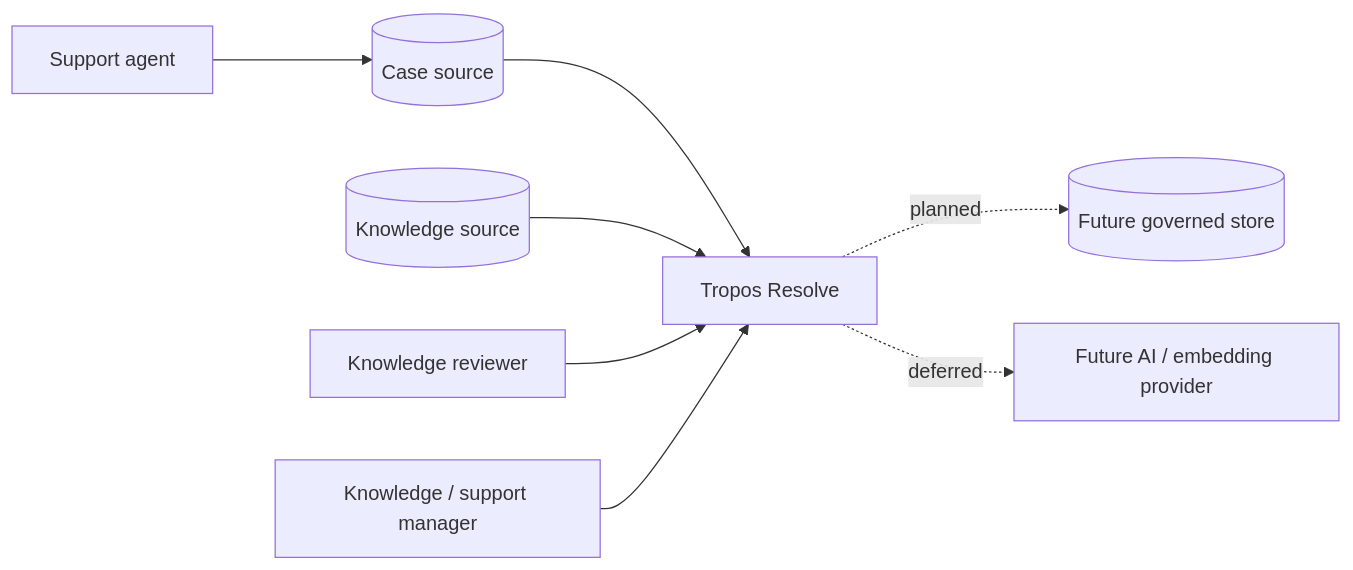
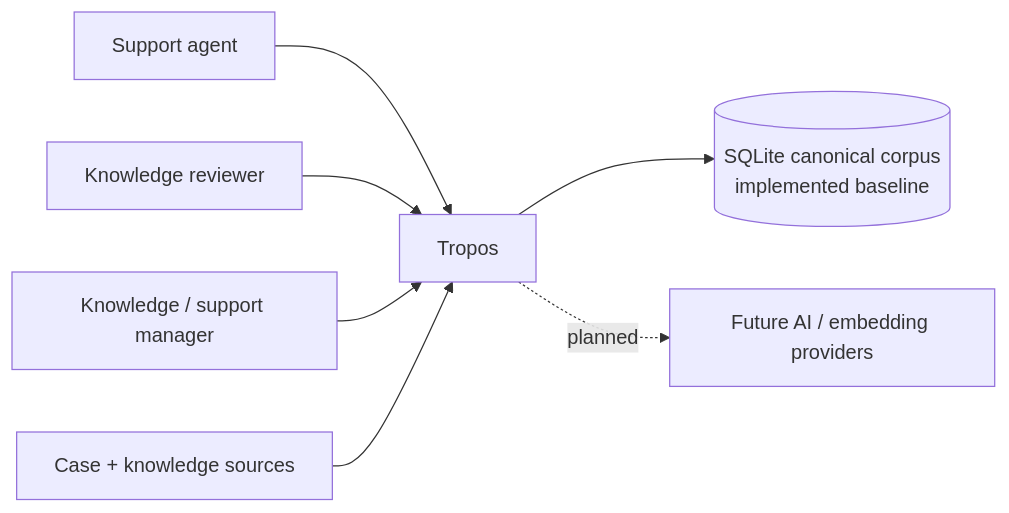
Before and after one commit to kumarchandansingh/tropos: the second of 5 diagrams in docs/architecture/ARCHITECTURE_OVERVIEW.md, drawn with Mermaid. The commit also changed other lines of this file and 11 other files, not shown here.

Commit message:
feat: persist governed knowledge corpus in sqlite

````diff
--- a/docs/architecture/ARCHITECTURE_OVERVIEW.md
+++ b/docs/architecture/ARCHITECTURE_OVERVIEW.md
@@ -78,19 +33,17 @@
 ```mermaid
 flowchart LR
     Agent[Support agent]
     Reviewer[Knowledge reviewer]
     Manager[Knowledge / support manager]
-    CaseSource[(Case source)]
-    KnowledgeSource[(Knowledge source)]
-    Tropos[Tropos Resolve]
-    FutureStore[(Future governed store)]
-    FutureAI[Future AI / embedding provider]
+    Source[Case + knowledge sources]
+    Tropos[Tropos]
+    Store[(SQLite canonical corpus<br/>implemented baseline)]
+    AI[Future AI / embedding providers]
 
-    Agent --> CaseSource
-    CaseSource --> Tropos
-    KnowledgeSource --> Tropos
+    Agent --> Tropos
     Reviewer --> Tropos
     Manager --> Tropos
-    Tropos -. planned .-> FutureStore
-    Tropos -. deferred .-> FutureAI
+    Source --> Tropos
+    Tropos --> Store
+    Tropos -. planned .-> AI
 ```
````
